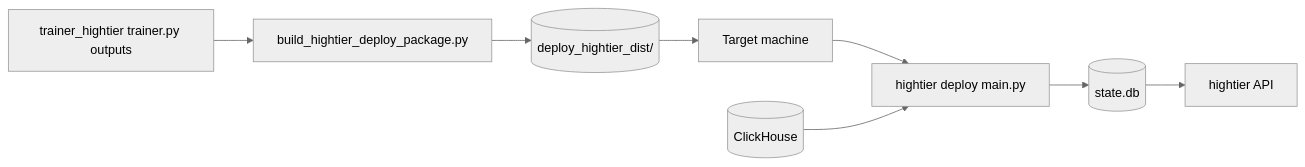
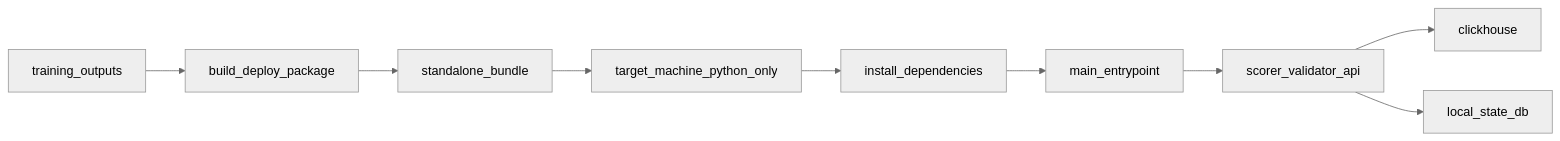
Before and after one commit to comsaint/Patron_Walkaway: the diagram in trainer_hightier/doc/Packaging - IMPLEMENTATION_PLAN.md, drawn with Mermaid (neutral theme). The commit also changed other lines of this file and 22 other files, not shown here.

First line of the commit message:
feat: wire trainer_hightier serving, deploy, and preprocess to local modules

````diff
--- a/trainer_hightier/doc/Packaging - IMPLEMENTATION_PLAN.md
+++ b/trainer_hightier/doc/Packaging - IMPLEMENTATION_PLAN.md
@@ -59,19 +76,21 @@
 ```mermaid
 flowchart LR
-    train[trainer_hightier trainer.py outputs]
-    pkg[build_hightier_deploy_package.py]
-    bundle[(deploy_hightier_dist/)]
-    target[Target machine]
-    runtime[hightier deploy main.py]
-    ch[(ClickHouse)]
-    state[(state.db)]
-    api[hightier API]
+    trainOut[training_outputs]
+    packer[build_deploy_package]
+    bundle[standalone_bundle]
+    target[target_machine_python_only]
+    setup[install_dependencies]
+    entry[main_entrypoint]
+    runtime[scorer_validator_api]
+    ch[clickhouse]
+    state[local_state_db]
 
-    train --> pkg
-    pkg --> bundle
+    trainOut --> packer
+    packer --> bundle
     bundle --> target
-    target --> runtime
-    ch --> runtime
+    target --> setup
+    setup --> entry
+    entry --> runtime
+    runtime --> ch
     runtime --> state
-    state --> api
 ```
````
